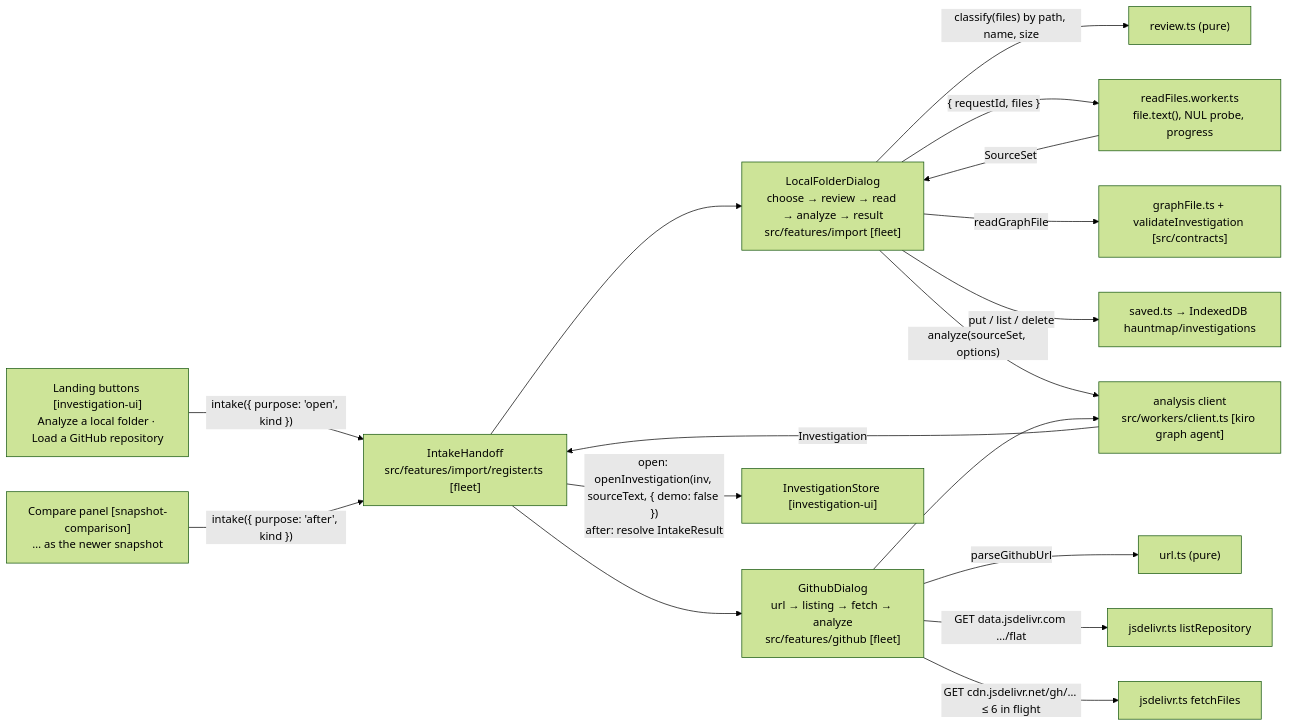
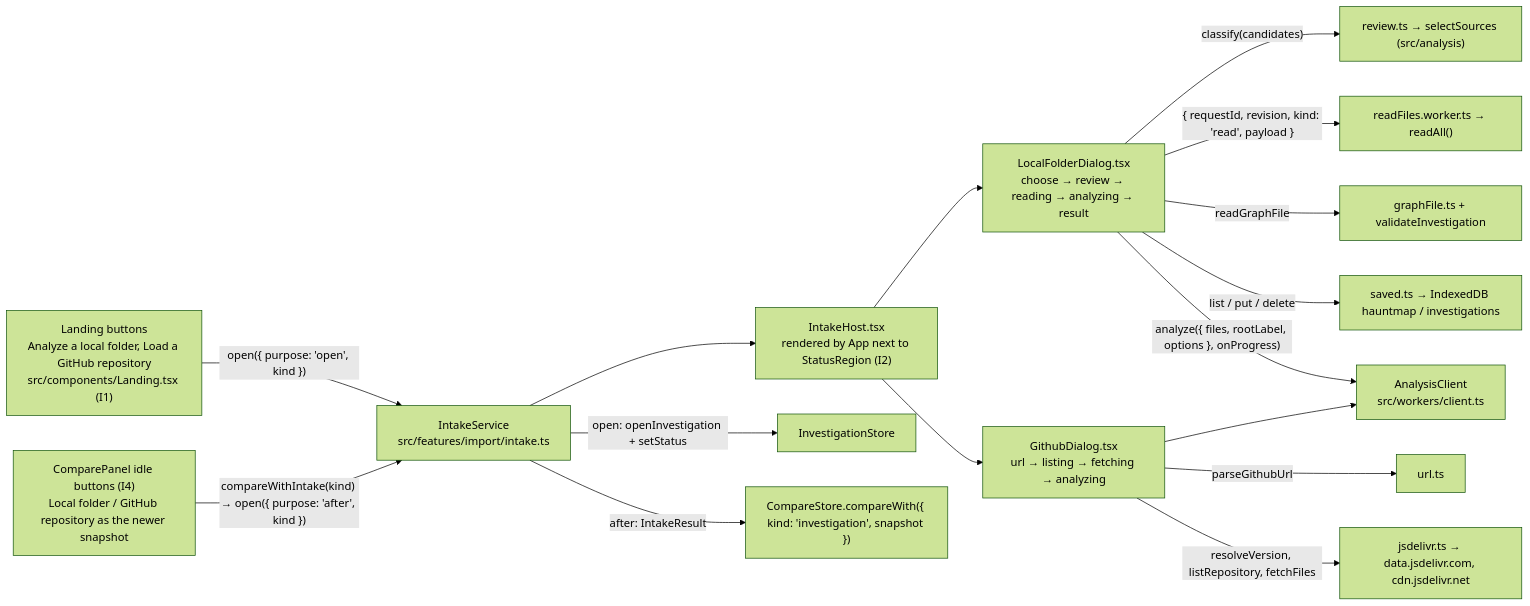
Before and after one commit to Midknight56/hauntmap: the first of 3 diagrams in .kiro/specs/intake/design.md, drawn with Mermaid (forest theme). The commit also changed other lines of this file and 3 other files, not shown here.

Commit message:
intake: spec review against main (Kiro)

````diff
--- a/.kiro/specs/intake/design.md
+++ b/.kiro/specs/intake/design.md
@@ -13,19 +33,18 @@
 ```mermaid
 flowchart LR
-  LB["Landing buttons [investigation-ui]<br/>Analyze a local folder · Load a GitHub repository"] -->|"intake({ purpose: 'open', kind })"| H["IntakeHandoff<br/>src/features/import/register.ts [fleet]"]
-  CP["Compare panel [snapshot-comparison]<br/>… as the newer snapshot"] -->|"intake({ purpose: 'after', kind })"| H
-  H --> LD["LocalFolderDialog<br/>choose → review → read → analyze → result<br/>src/features/import [fleet]"]
-  H --> GD["GithubDialog<br/>url → listing → fetch → analyze<br/>src/features/github [fleet]"]
-  LD -->|"classify(files) by path, name, size"| RV["review.ts (pure)"]
-  LD -->|"{ requestId, files }"| RW["readFiles.worker.ts<br/>file.text(), NUL probe, progress"]
-  RW -->|"SourceSet"| LD
-  LD -->|"readGraphFile"| GF["graphFile.ts + validateInvestigation [src/contracts]"]
-  LD -->|"put / list / delete"| SV["saved.ts → IndexedDB hauntmap/investigations"]
-  GD -->|"parseGithubUrl"| URL["url.ts (pure)"]
-  GD -->|"GET data.jsdelivr.com …/flat"| JL["jsdelivr.ts listRepository"]
-  GD -->|"GET cdn.jsdelivr.net/gh/… ≤ 6 in flight"| JF["jsdelivr.ts fetchFiles"]
-  LD -->|"analyze(sourceSet, options)"| AC["analysis client<br/>src/workers/client.ts [kiro graph agent]"]
+  LB["Landing buttons<br/>Analyze a local folder, Load a GitHub repository<br/>src/components/Landing.tsx (I1)"] -->|"open({ purpose: 'open', kind })"| SV["IntakeService<br/>src/features/import/intake.ts"]
+  CP["ComparePanel idle buttons (I4)<br/>Local folder / GitHub repository as the newer snapshot"] -->|"compareWithIntake(kind) → open({ purpose: 'after', kind })"| SV
+  SV --> HOST["IntakeHost.tsx<br/>rendered by App next to StatusRegion (I2)"]
+  HOST --> LD["LocalFolderDialog.tsx<br/>choose → review → reading → analyzing → result"]
+  HOST --> GD["GithubDialog.tsx<br/>url → listing → fetching → analyzing"]
+  LD -->|"classify(candidates)"| RV["review.ts → selectSources (src/analysis)"]
+  LD -->|"{ requestId, revision, kind: 'read', payload }"| RW["readFiles.worker.ts → readAll()"]
+  LD -->|"readGraphFile"| GF["graphFile.ts + validateInvestigation"]
+  LD -->|"list / put / delete"| SS["saved.ts → IndexedDB hauntmap / investigations"]
+  GD -->|"parseGithubUrl"| URL["url.ts"]
+  GD -->|"resolveVersion, listRepository, fetchFiles"| JD["jsdelivr.ts → data.jsdelivr.com, cdn.jsdelivr.net"]
+  LD -->|"analyze({ files, rootLabel, options }, onProgress)"| AC["AnalysisClient<br/>src/workers/client.ts"]
   GD --> AC
-  AC -->|"Investigation"| H
-  H -->|"open: openInvestigation(inv, sourceText, { demo: false })<br/>after: resolve IntakeResult"| ST["InvestigationStore [investigation-ui]"]
+  SV -->|"open: openInvestigation + setStatus"| ST["InvestigationStore"]
+  SV -->|"after: IntakeResult"| CS["CompareStore.compareWith({ kind: 'investigation', snapshot })"]
 ```
````
